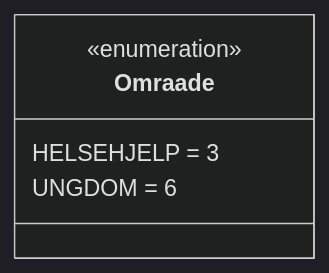
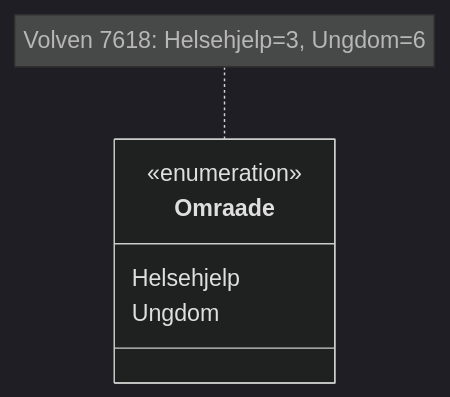
Before and after one commit to richardmax-visma/DigiHealth_Documentation: the diagram in APIs/HelsenorgeAktivSjekken/Classes/Omraade.mmd, drawn with Mermaid (dark theme). The commit also changed 7 other files, not shown here.

```diff
--- a/APIs/HelsenorgeAktivSjekken/Classes/Omraade.mmd
+++ b/APIs/HelsenorgeAktivSjekken/Classes/Omraade.mmd
@@ -1,6 +1,8 @@
 classDiagram
     class Omraade {
         <<enumeration>>
-        HELSEHJELP = 3
-        UNGDOM = 6
+        Helsehjelp
+        Ungdom
     }
+
+    note for Omraade "Volven 7618: Helsehjelp=3, Ungdom=6"
```
